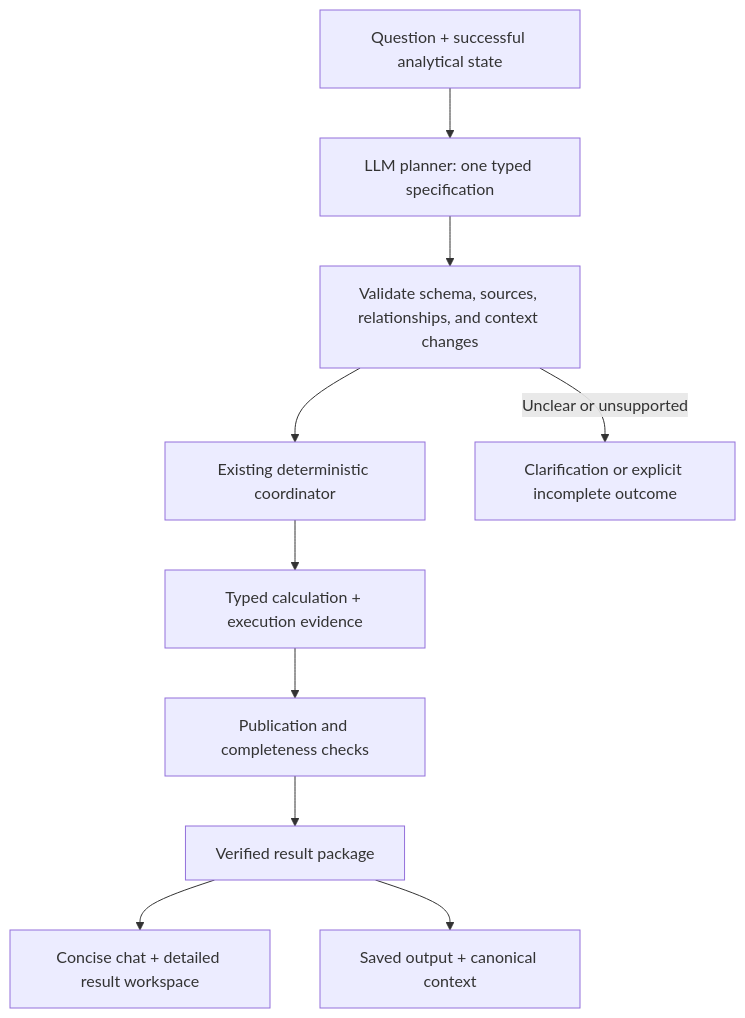
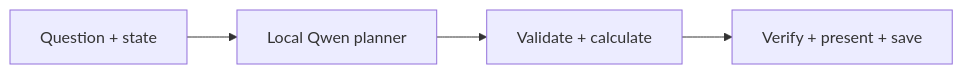
The diagram in README.md (HITESH-235/offline-data-analyst-v1), drawn with Mermaid before and after one commit. The commit also changed other lines of this file and 6 other files, not shown here.

Commit message:
docs: highlight local Qwen inference and add complete chart gallery

````diff
--- a/README.md
+++ b/README.md
@@ -119,12 +132,6 @@
 ```mermaid
-flowchart TD
-    Q[Question + successful analytical state] --> P[LLM planner: one typed specification]
-    P --> V[Validate schema, sources, relationships, and context changes]
-    V --> D[Existing deterministic coordinator]
-    D --> E[Typed calculation + execution evidence]
-    E --> C[Publication and completeness checks]
-    C --> R[Verified result package]
-    R --> A[Concise chat + detailed result workspace]
-    R --> S[Saved output + canonical context]
-    V -->|Unclear or unsupported| U[Clarification or explicit incomplete outcome]
+flowchart LR
+    Q[Question + state] --> P[Local Qwen planner]
+    P --> C[Validate + calculate]
+    C --> R[Verify + present + save]
 ```
````
